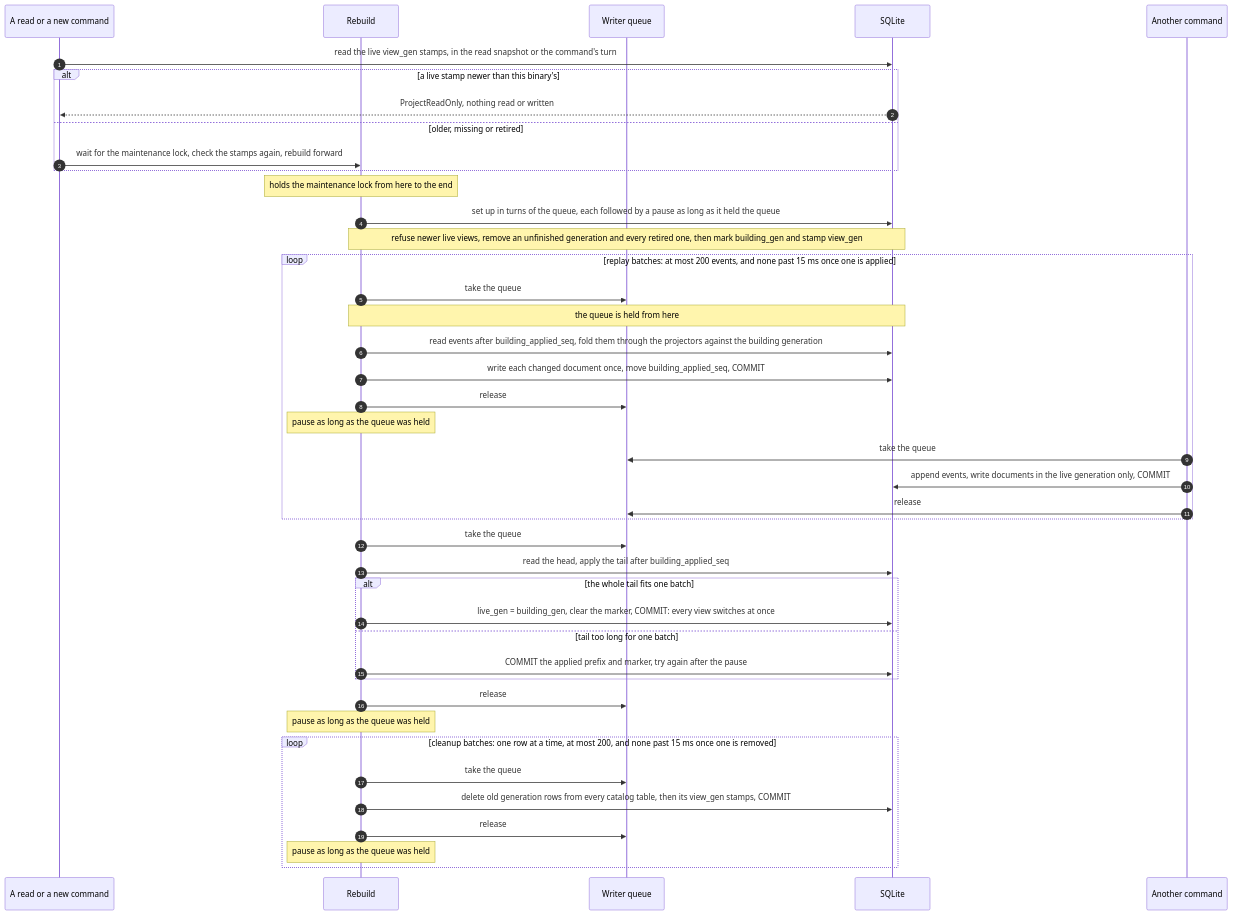
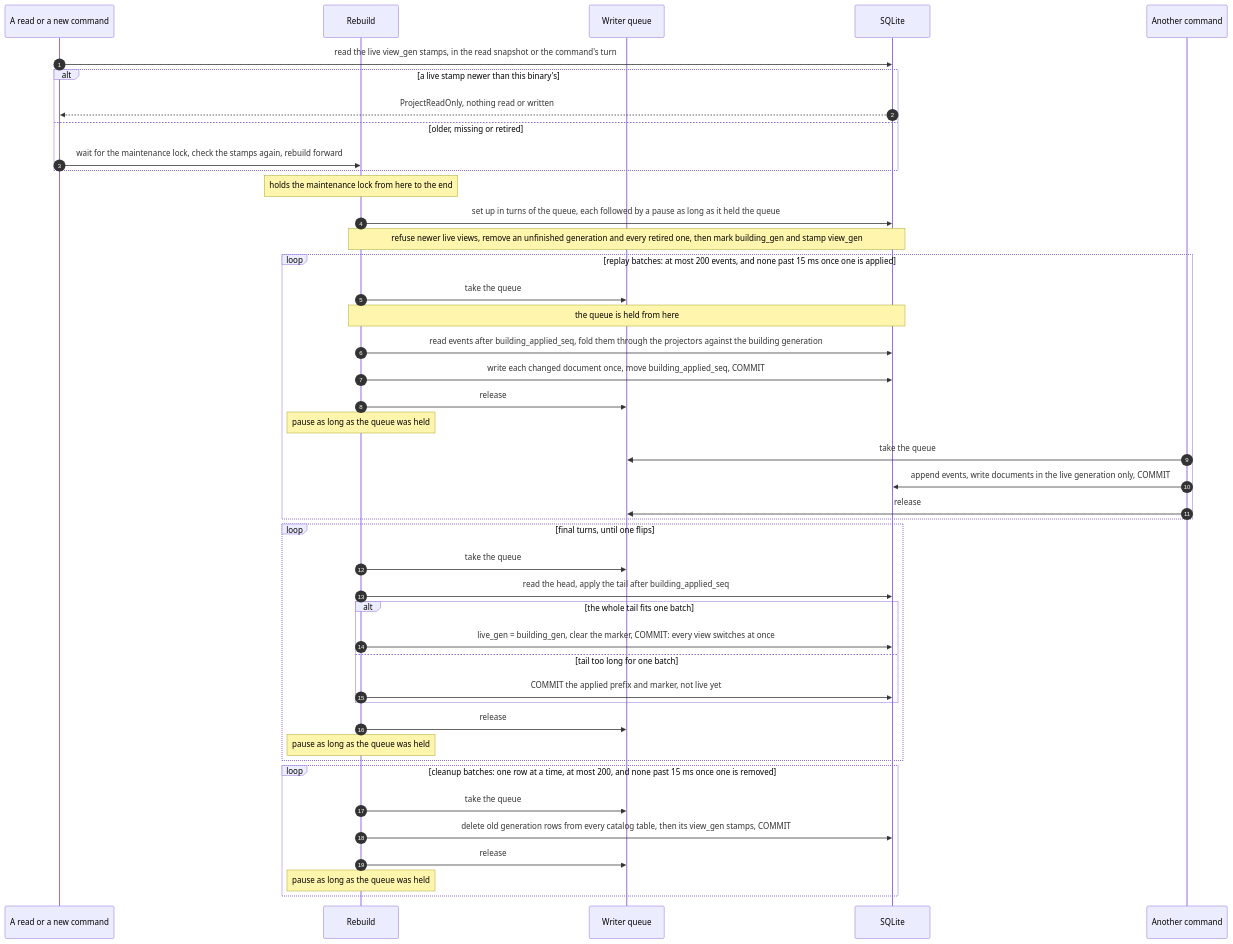
Before and after one commit to crenshawdev/baley: the seventh of 12 diagrams in docs/design/0001-evidence-ledger.md, drawn with Mermaid. The commit also changed other lines of this file and 4 other files, not shown here.

````diff
--- a/docs/design/0001-evidence-ledger.md
+++ b/docs/design/0001-evidence-ledger.md
@@ -515,44 +515,46 @@
 ```mermaid
 sequenceDiagram
   autonumber
   participant U as A read or a new command
   participant R as Rebuild
   participant W as Writer queue
   participant Q as SQLite
   participant C as Another command
   U->>Q: read the live view_gen stamps, in the read snapshot or the command's turn
   alt a live stamp newer than this binary's
     Q-->>U: ProjectReadOnly, nothing read or written
   else older, missing or retired
     U->>R: wait for the maintenance lock, check the stamps again, rebuild forward
   end
   Note over R: holds the maintenance lock from here to the end
   R->>Q: set up in turns of the queue, each followed by a pause as long as it held the queue
   Note over R,Q: refuse newer live views, remove an unfinished generation and every retired one, then mark building_gen and stamp view_gen
   loop replay batches: at most 200 events, and none past 15 ms once one is applied
     R->>W: take the queue
     Note over R,Q: the queue is held from here
     R->>Q: read events after building_applied_seq, fold them through the projectors against the building generation
     R->>Q: write each changed document once, move building_applied_seq, COMMIT
     R->>W: release
     Note over R: pause as long as the queue was held
     C->>W: take the queue
     C->>Q: append events, write documents in the live generation only, COMMIT
     C->>W: release
   end
-  R->>W: take the queue
-  R->>Q: read the head, apply the tail after building_applied_seq
-  alt the whole tail fits one batch
-    R->>Q: live_gen = building_gen, clear the marker, COMMIT: every view switches at once
-  else tail too long for one batch
-    R->>Q: COMMIT the applied prefix and marker, try again after the pause
+  loop final turns, until one flips
+    R->>W: take the queue
+    R->>Q: read the head, apply the tail after building_applied_seq
+    alt the whole tail fits one batch
+      R->>Q: live_gen = building_gen, clear the marker, COMMIT: every view switches at once
+    else tail too long for one batch
+      R->>Q: COMMIT the applied prefix and marker, not live yet
+    end
+    R->>W: release
+    Note over R: pause as long as the queue was held
   end
-  R->>W: release
-  Note over R: pause as long as the queue was held
   loop cleanup batches: one row at a time, at most 200, and none past 15 ms once one is removed
     R->>W: take the queue
     R->>Q: delete old generation rows from every catalog table, then its view_gen stamps, COMMIT
     R->>W: release
     Note over R: pause as long as the queue was held
   end
 ```
````
